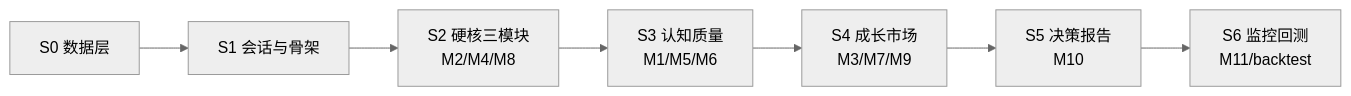
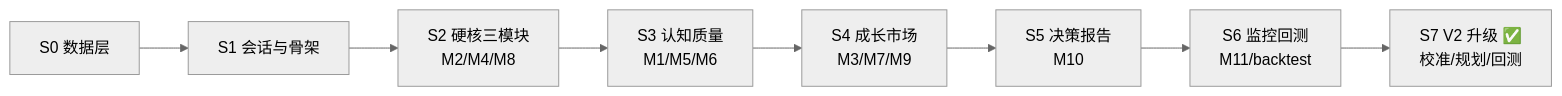
The first of 2 diagrams in docs/04-development-guide.md (cgcj0907/stock_agent), drawn with Mermaid (neutral theme) before and after one commit. The commit also changed other lines of this file and 71 other files, not shown here.

````diff
--- a/docs/04-development-guide.md
+++ b/docs/04-development-guide.md
@@ -51,4 +51,4 @@
 ```mermaid
 flowchart LR
-    S0["S0 数据层"] --> S1["S1 会话与骨架"] --> S2["S2 硬核三模块<br/>M2/M4/M8"] --> S3["S3 认知质量<br/>M1/M5/M6"] --> S4["S4 成长市场<br/>M3/M7/M9"] --> S5["S5 决策报告<br/>M10"] --> S6["S6 监控回测<br/>M11/backtest"]
+    S0["S0 数据层"] --> S1["S1 会话与骨架"] --> S2["S2 硬核三模块<br/>M2/M4/M8"] --> S3["S3 认知质量<br/>M1/M5/M6"] --> S4["S4 成长市场<br/>M3/M7/M9"] --> S5["S5 决策报告<br/>M10"] --> S6["S6 监控回测<br/>M11/backtest"] --> S7["S7 V2 升级 ✅<br/>校准/规划/回测"]
 ```
````
